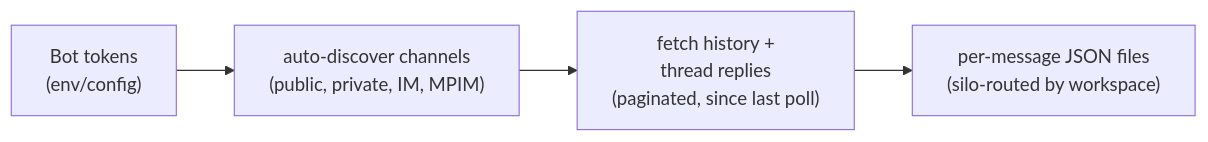
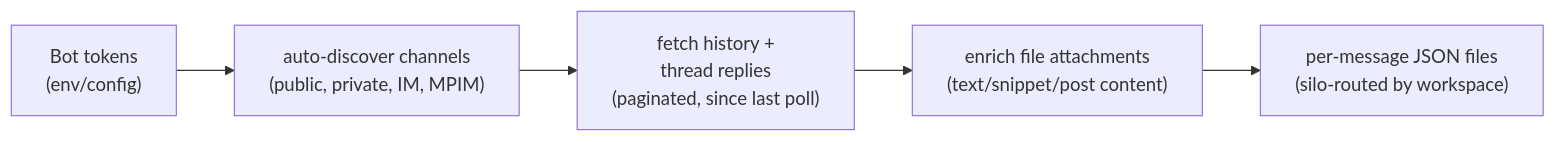
One commit to karmaniverous/jeeves-runner-scripts-template changed the diagram in src/slack/README.md. Above: the diagram before and after it, drawn with Mermaid. The commit also changed other lines of this file and 21 other files, not shown here.

````diff
--- a/src/slack/README.md
+++ b/src/slack/README.md
@@ -13,6 +13,7 @@
 ```mermaid
 flowchart LR
   tokens["Bot tokens\n(env/config)"] --> discover["auto-discover channels\n(public, private, IM, MPIM)"]
   discover --> fetch["fetch history +\nthread replies\n(paginated, since last poll)"]
-  fetch --> files["per-message JSON files\n(silo-routed by workspace)"]
+  fetch --> enrich["enrich file attachments\n(text/snippet/post content)"]
+  enrich --> files["per-message JSON files\n(silo-routed by workspace)"]
 ```
````
